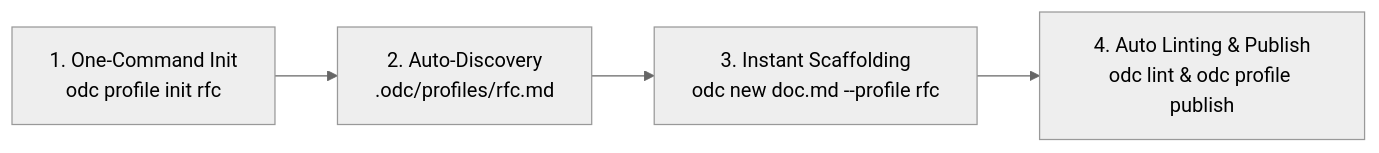
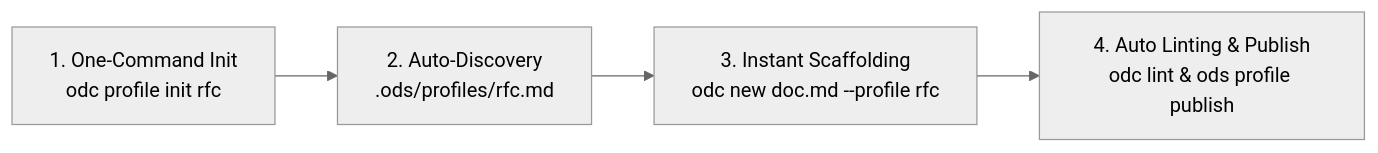
One commit to StaytunedLLP/open-document-spec changed the diagram in docs/plan/unified_multispec_audit_custom_profiles_plan.md. Above: the diagram before and after it, drawn with Mermaid (neutral theme). The commit also changed other lines of this file and 163 other files, not shown here.

````diff
--- a/docs/plan/unified_multispec_audit_custom_profiles_plan.md
+++ b/docs/plan/unified_multispec_audit_custom_profiles_plan.md
@@ -24,6 +24,6 @@
 ```mermaid
 flowchart LR
-    A[1. One-Command Init\nodc profile init rfc] --> B[2. Auto-Discovery\n.odc/profiles/rfc.md]
+    A[1. One-Command Init\nodc profile init rfc] --> B[2. Auto-Discovery\n.ods/profiles/rfc.md]
     B --> C[3. Instant Scaffolding\nodc new doc.md --profile rfc]
-    C --> D[4. Auto Linting & Publish\nodc lint & odc profile publish]
+    C --> D[4. Auto Linting & Publish\nodc lint & ods profile publish]
 ```
````
